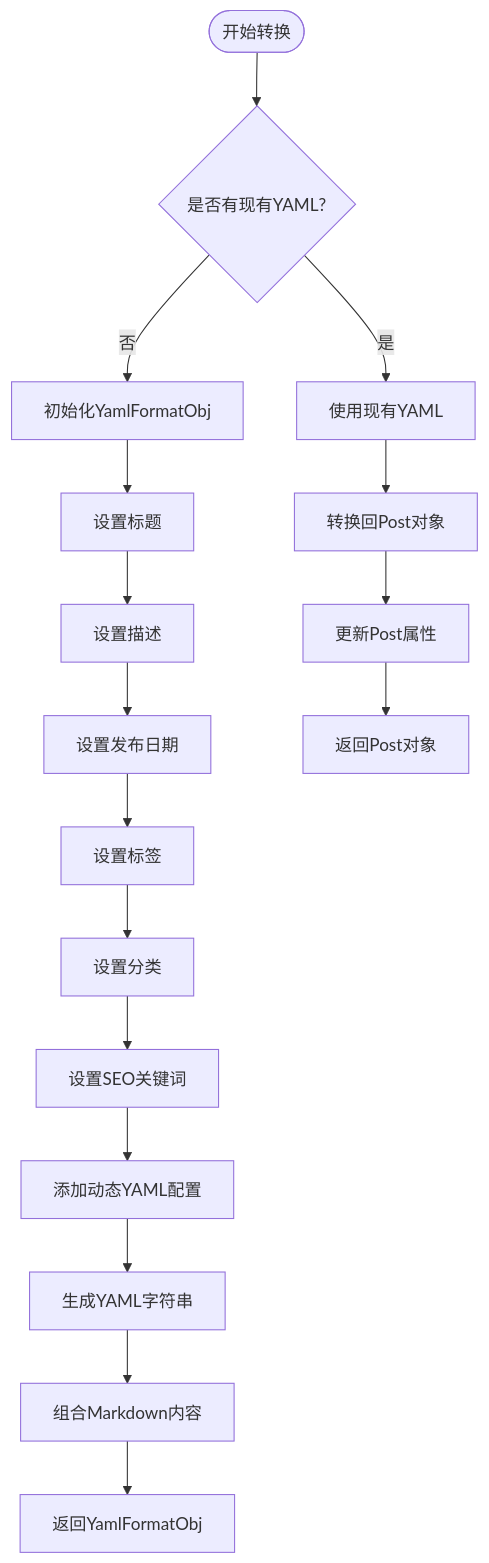
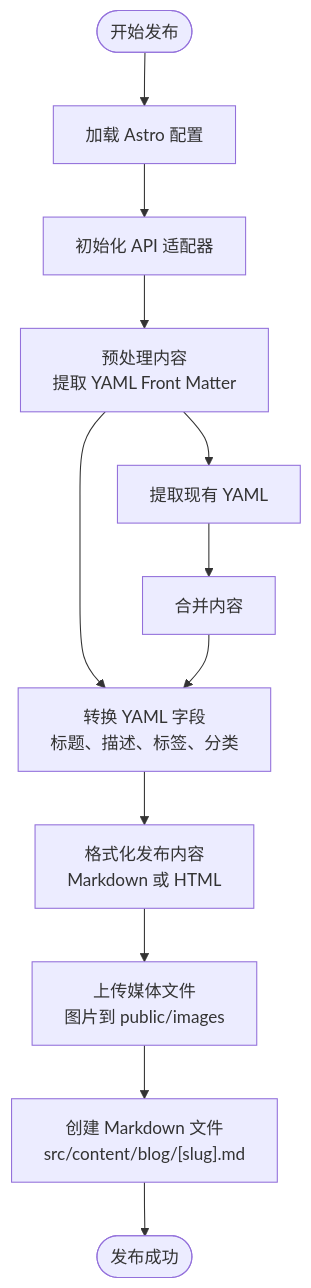
One commit to terwer/siyuan-plugin-publisher changed the fourth of 5 diagrams in .qoder/repowiki/zh/content/平台适配器系统/静态站点适配器/GitHub Astro 平台适配器.md. Above: the diagram before and after it, drawn with Mermaid. The commit also changed other lines of this file and 14 other files, not shown here.

````diff
--- a/.qoder/repowiki/zh/content/平台适配器系统/静态站点适配器/GitHub Astro 平台适配器.md
+++ b/.qoder/repowiki/zh/content/平台适配器系统/静态站点适配器/GitHub Astro 平台适配器.md
@@ -212,19 +220,14 @@
 ```mermaid
 flowchart TD
-Start([开始转换]) --> CheckYaml{"是否有现有YAML?"}
-CheckYaml --> |否| InitYaml["初始化YamlFormatObj"]
-CheckYaml --> |是| UseExisting["使用现有YAML"]
-InitYaml --> SetTitle["设置标题"]
-SetTitle --> SetDesc["设置描述"]
-SetDesc --> SetPubDate["设置发布日期"]
-SetPubDate --> SetTags["设置标签"]
-SetTags --> SetCats["设置分类"]
-SetCats --> SetSEO["设置SEO关键词"]
-SetSEO --> AddDynYaml["添加动态YAML配置"]
-UseExisting --> ConvertBack["转换回Post对象"]
-AddDynYaml --> GenerateYaml["生成YAML字符串"]
-GenerateYaml --> CombineContent["组合Markdown内容"]
-CombineContent --> ReturnObj["返回YamlFormatObj"]
-ConvertBack --> UpdatePost["更新Post属性"]
-UpdatePost --> ReturnPost["返回Post对象"]
+Start([开始发布]) --> LoadConfig["加载 Astro 配置"]
+LoadConfig --> InitAdaptor["初始化 API 适配器"]
+InitAdaptor --> PreProcess["预处理内容<br/>提取 YAML Front Matter"]
+PreProcess --> ConvertYaml["转换 YAML 字段<br/>标题、描述、标签、分类"]
+ConvertYaml --> FormatContent["格式化发布内容<br/>Markdown 或 HTML"]
+FormatContent --> UploadMedia["上传媒体文件<br/>图片到 public/images"]
+UploadMedia --> CreateFile["创建 Markdown 文件<br/>src/content/blog/[slug].md"]
+CreateFile --> Success([发布成功])
+PreProcess --> ExtractYaml["提取现有 YAML"]
+ExtractYaml --> MergeContent["合并内容"]
+MergeContent --> ConvertYaml
 ```
````
